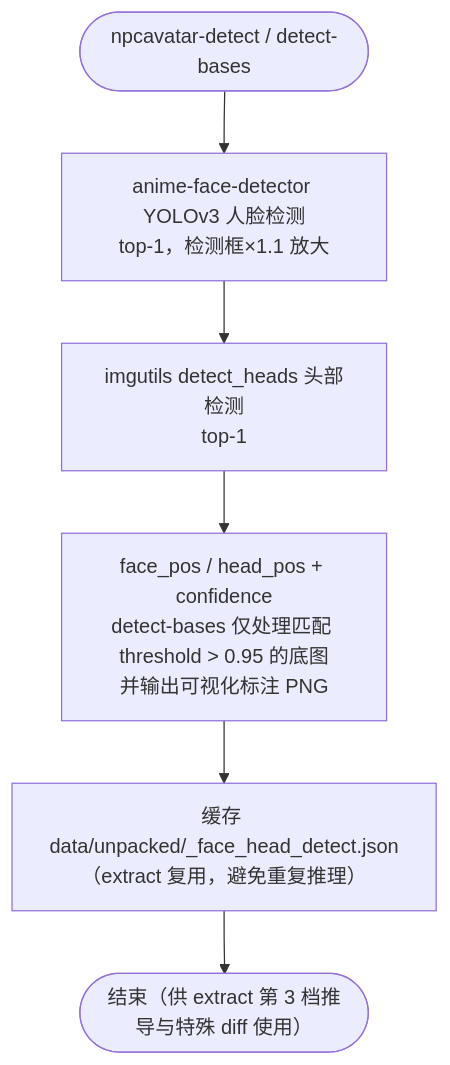
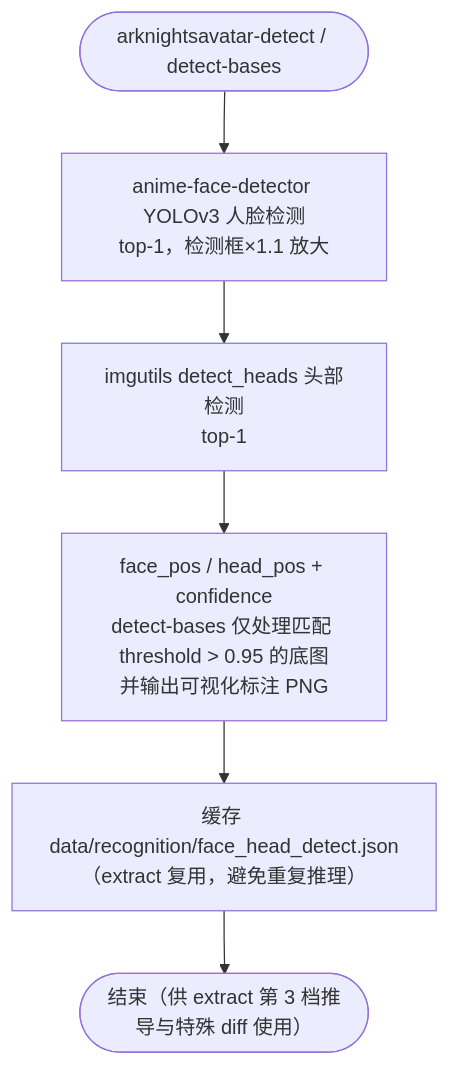
Before and after one commit to Arkfans/ArknightsAvatar: the sixth of 11 diagrams in docs/生产流程图.md, drawn with Mermaid. The commit also changed other lines of this file and 120 other files, not shown here.

````diff
--- a/docs/生产流程图.md
+++ b/docs/生产流程图.md
@@ -155,8 +187,8 @@
 ```mermaid
 flowchart TD
-    Start(["npcavatar-detect / detect-bases"]) --> Face["anime-face-detector YOLOv3 人脸检测<br/>top-1，检测框×1.1 放大"]
+    Start(["arknightsavatar-detect / detect-bases"]) --> Face["anime-face-detector YOLOv3 人脸检测<br/>top-1，检测框×1.1 放大"]
     Face --> Head["imgutils detect_heads 头部检测<br/>top-1"]
     Head --> OutD["face_pos / head_pos + confidence<br/>detect-bases 仅处理匹配 threshold > 0.95 的底图<br/>并输出可视化标注 PNG"]
-    OutD --> CacheD["缓存 data/unpacked/_face_head_detect.json<br/>（extract 复用，避免重复推理）"]
+    OutD --> CacheD["缓存 data/recognition/face_head_detect.json<br/>（extract 复用，避免重复推理）"]
     CacheD --> Done(["结束（供 extract 第 3 档推导与特殊 diff 使用）"])
 ```
````
